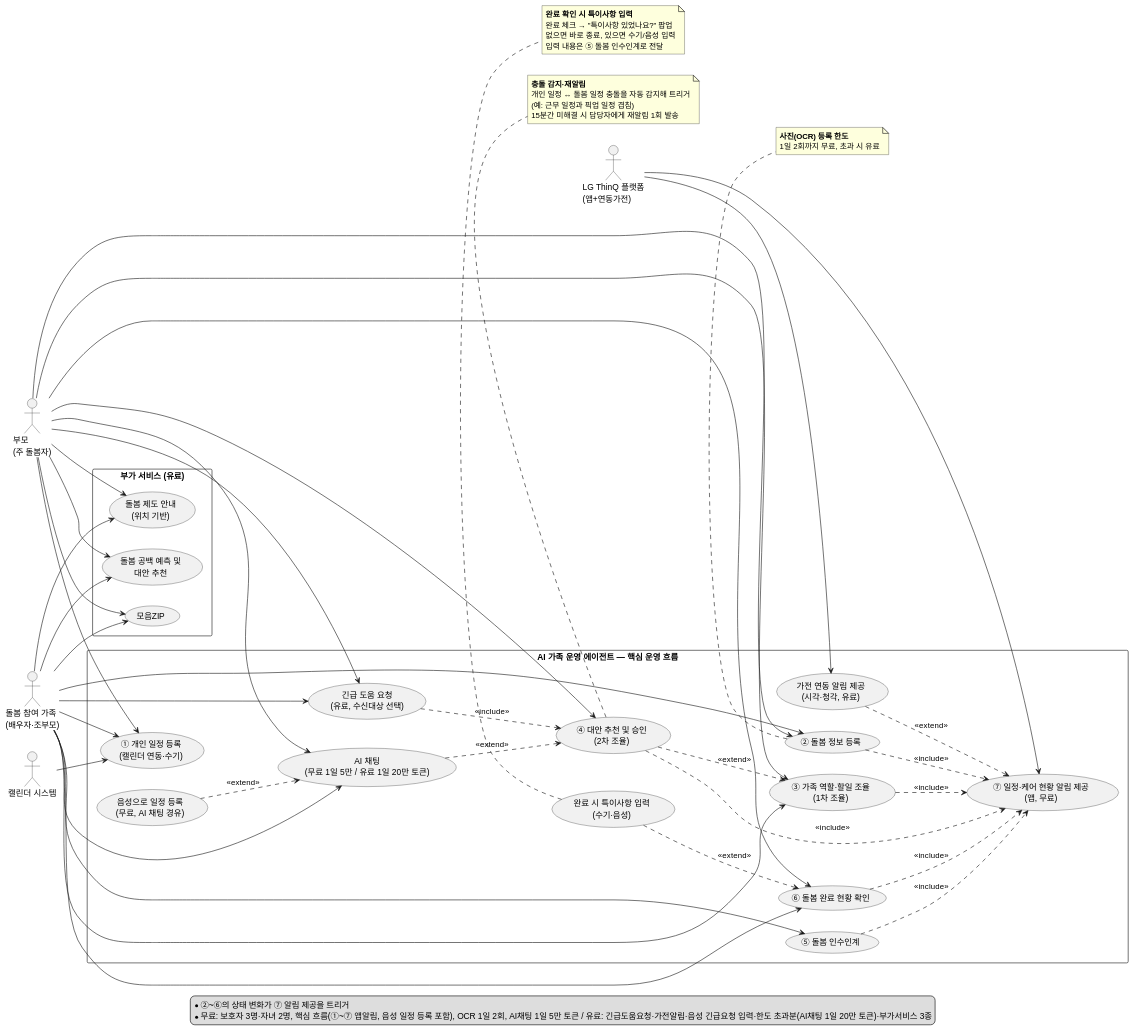
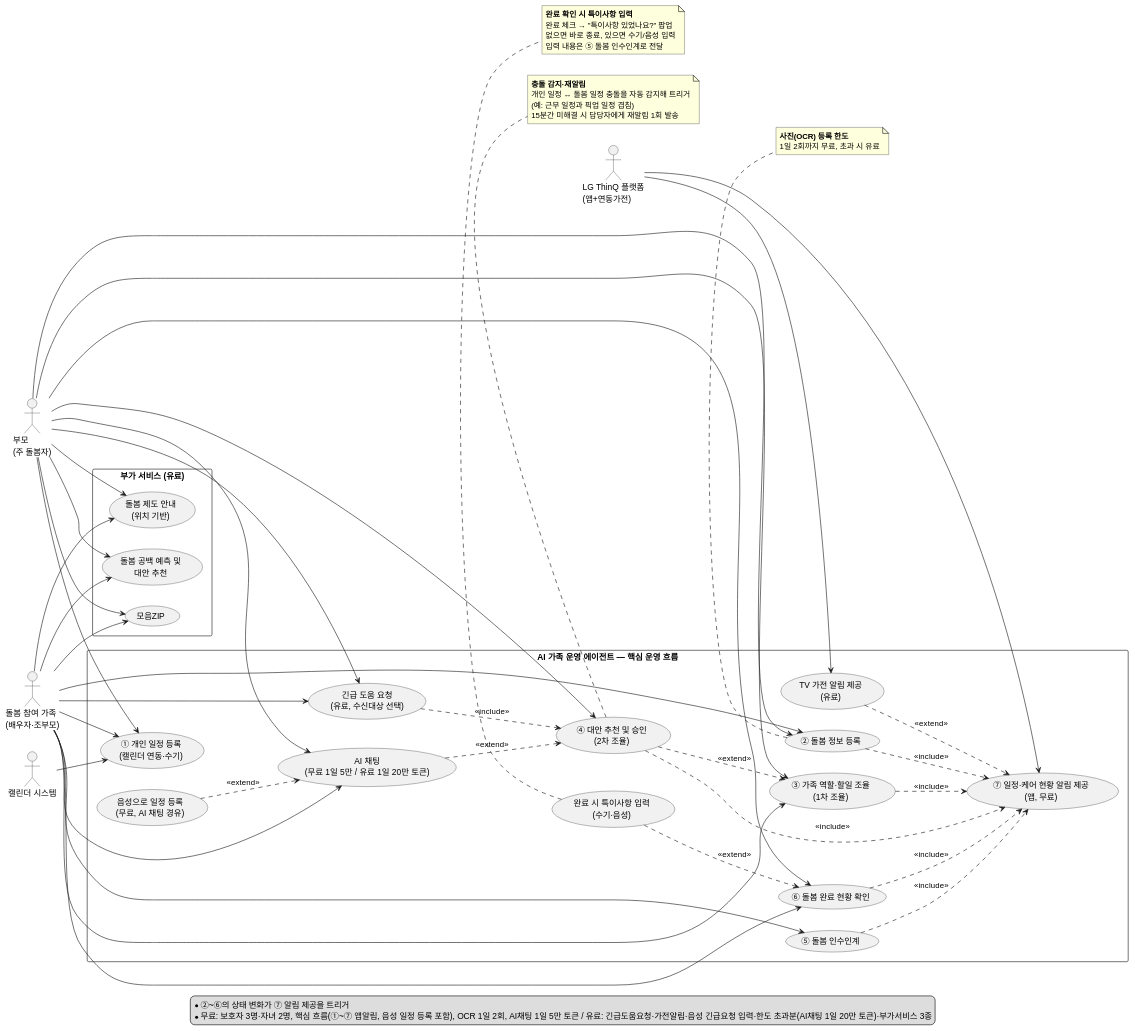
One commit to tarcein/LGDXPJ changed the diagram in docs/유스케이스다이어그램.md. Above: the diagram before and after it, drawn with PlantUML. The commit also changed other lines of this file and 52 other files, not shown here.

```diff
--- a/docs/유스케이스다이어그램.md
+++ b/docs/유스케이스다이어그램.md
@@ -109,7 +109,7 @@
   usecase "⑥ 돌봄 완료 현황 확인" as UC6
   usecase "완료 시 특이사항 입력\n(수기·음성)" as UC6a
   usecase "⑦ 일정·케어 현황 알림 제공\n(앱, 무료)" as UC7
-  usecase "가전 연동 알림 제공\n(시각·청각, 유료)" as UC7a
+  usecase "TV 가전 알림 제공\n(유료)" as UC7a
 }
 
 package "부가 서비스 (유료)" {
```
